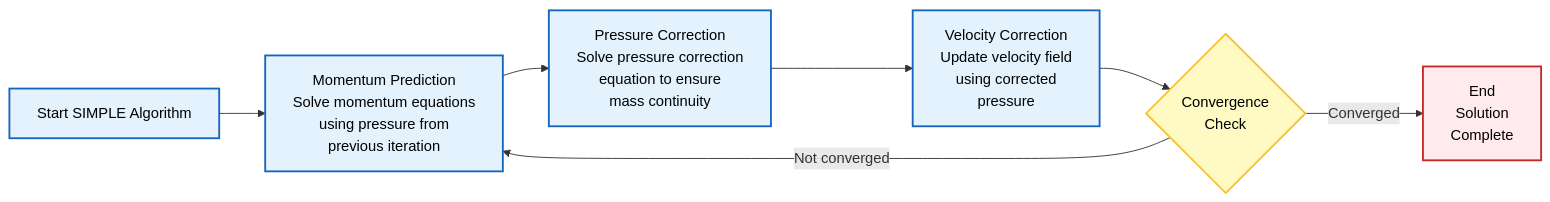
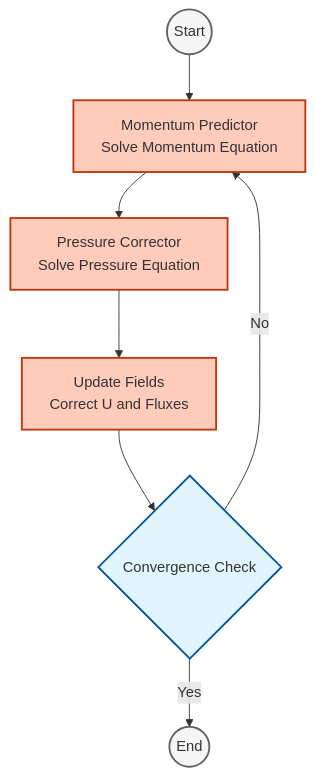
Before and after one commit to wramet/build-my-cfd: the third of 4 diagrams in MODULE_01_CFD_FUNDAMENTALS/CONTENT/01_GOVERNING_EQUATIONS/00_Overview.md, drawn with Mermaid. The commit also changed other lines of this file and 313 other files, not shown here.

Commit message:
Revise all diagram

````diff
--- a/MODULE_01_CFD_FUNDAMENTALS/CONTENT/01_GOVERNING_EQUATIONS/00_Overview.md
+++ b/MODULE_01_CFD_FUNDAMENTALS/CONTENT/01_GOVERNING_EQUATIONS/00_Overview.md
@@ -307,22 +301,19 @@
 ```mermaid
-graph LR
-    A["Start SIMPLE Algorithm"] --> B["Momentum Prediction<br/>Solve momentum equations<br/>using pressure from<br/>previous iteration"]
+graph TD
+classDef implicit fill:#e1f5fe,stroke:#01579b,stroke-width:2px
+classDef explicit fill:#ffccbc,stroke:#bf360c,stroke-width:2px
+classDef context fill:#f5f5f5,stroke:#616161,stroke-width:2px
+Start(("Start")):::context
+Pred["Momentum Predictor<br/>Solve Momentum Equation"]:::explicit
+Corr["Pressure Corrector<br/>Solve Pressure Equation"]:::explicit
+Update["Update Fields<br/>Correct U and Fluxes"]:::explicit
+Check{"Convergence Check"}:::implicit
+End(("End")):::context
 
-    B --> C["Pressure Correction<br/>Solve pressure correction<br/>equation to ensure<br/>mass continuity"]
-
-    C --> D["Velocity Correction<br/>Update velocity field<br/>using corrected<br/>pressure"]
-
-    D --> E{"Convergence<br/>Check"}
-
-    E -->|Not converged| B
-    E -->|Converged| F["End<br/>Solution<br/>Complete"]
-
-    %% Styling Definitions
-    classDef process fill:#e3f2fd,stroke:#1565c0,stroke-width:2px,color:#000;
-    classDef decision fill:#fff9c4,stroke:#fbc02d,stroke-width:2px,color:#000;
-    classDef terminator fill:#ffebee,stroke:#c62828,stroke-width:2px,color:#000;
-
-    class A,B,C,D process;
-    class E decision;
-    class F terminator;
+Start --> Pred
+Pred --> Corr
+Corr --> Update
+Update --> Check
+Check -- No --> Pred
+Check -- Yes --> End
 ```
````
